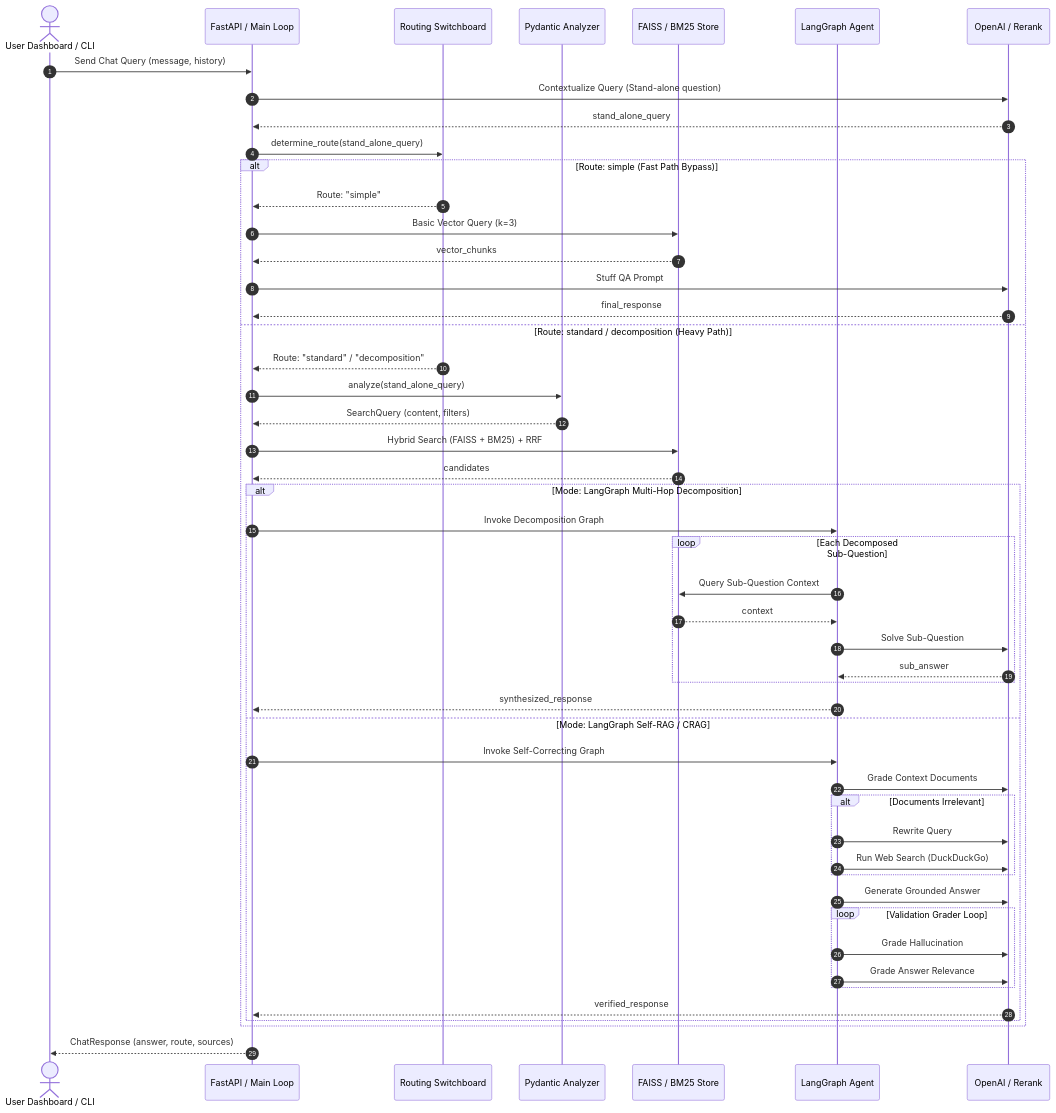
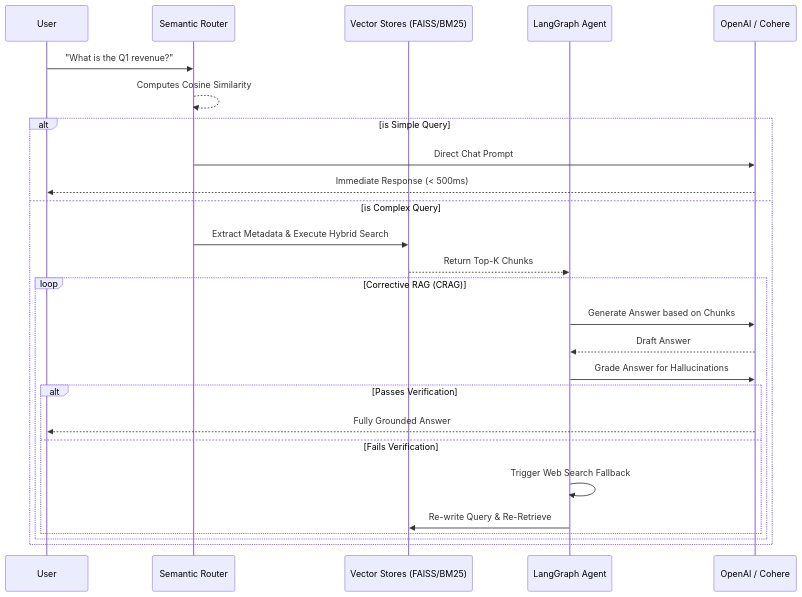
One commit to Sh1vaay/RAG changed the second of 2 diagrams in README.md. Above: the diagram before and after it, drawn with Mermaid. The commit also changed other lines of this file and 50 other files, not shown here.

````diff
--- a/README.md
+++ b/README.md
@@ -129,56 +73,32 @@
 ```mermaid
 sequenceDiagram
-    autonumber
-    actor User as User Dashboard / CLI
-    participant API as FastAPI / Main Loop
-    participant Router as Routing Switchboard
-    participant Analyzer as Pydantic Analyzer
-    participant DB as FAISS / BM25 Store
-    participant Graph as LangGraph Agent
-    participant LLM as OpenAI / Rerank
-
-    User->>API: Send Chat Query (message, history)
-    API->>LLM: Contextualize Query (Stand-alone question)
-    LLM-->>API: stand_alone_query
-    API->>Router: determine_route(stand_alone_query)
+    participant User
+    participant Router as Semantic Router
+    participant DB as Vector Stores (FAISS/BM25)
+    participant Agent as LangGraph Agent
+    participant LLM as OpenAI / Cohere
     
-    alt Route: simple (Fast Path Bypass)
-        Router-->>API: Route: "simple"
-        API->>DB: Basic Vector Query (k=3)
-        DB-->>API: vector_chunks
-        API->>LLM: Stuff QA Prompt
-        LLM-->>API: final_response
-    else Route: standard / decomposition (Heavy Path)
-        Router-->>API: Route: "standard" / "decomposition"
-        API->>Analyzer: analyze(stand_alone_query)
-        Analyzer-->>API: SearchQuery (content, filters)
+    User->>Router: "What is the Q1 revenue?"
+    Router-->>Router: Computes Cosine Similarity
+    
+    alt is Simple Query
+        Router->>LLM: Direct Chat Prompt
+        LLM-->>User: Immediate Response (< 500ms)
+    else is Complex Query
+        Router->>DB: Extract Metadata & Execute Hybrid Search
+        DB-->>Agent: Return Top-K Chunks
         
-        API->>DB: Hybrid Search (FAISS + BM25) + RRF
-        DB-->>API: candidates
-        
-        alt Mode: LangGraph Multi-Hop Decomposition
-            API->>Graph: Invoke Decomposition Graph
-            loop Each Decomposed Sub-Question
-                Graph->>DB: Query Sub-Question Context
-                DB-->>Graph: context
-                Graph->>LLM: Solve Sub-Question
-                LLM-->>Graph: sub_answer
+        loop Corrective RAG (CRAG)
+            Agent->>LLM: Generate Answer based on Chunks
+            LLM-->>Agent: Draft Answer
+            Agent->>LLM: Grade Answer for Hallucinations
+            
+            alt Passes Verification
+                LLM-->>User: Fully Grounded Answer
+            else Fails Verification
+                Agent->>Agent: Trigger Web Search Fallback
+                Agent->>DB: Re-write Query & Re-Retrieve
             end
-            Graph-->>API: synthesized_response
-        else Mode: LangGraph Self-RAG / CRAG
-            API->>Graph: Invoke Self-Correcting Graph
-            Graph->>LLM: Grade Context Documents
-            alt Documents Irrelevant
-                Graph->>LLM: Rewrite Query
-                Graph->>LLM: Run Web Search (DuckDuckGo)
-            end
-            Graph->>LLM: Generate Grounded Answer
-            loop Validation Grader Loop
-                Graph->>LLM: Grade Hallucination
-                Graph->>LLM: Grade Answer Relevance
-            end
-            LLM-->>API: verified_response
         end
     end
-    API-->>User: ChatResponse (answer, route, sources)
 ```
````
